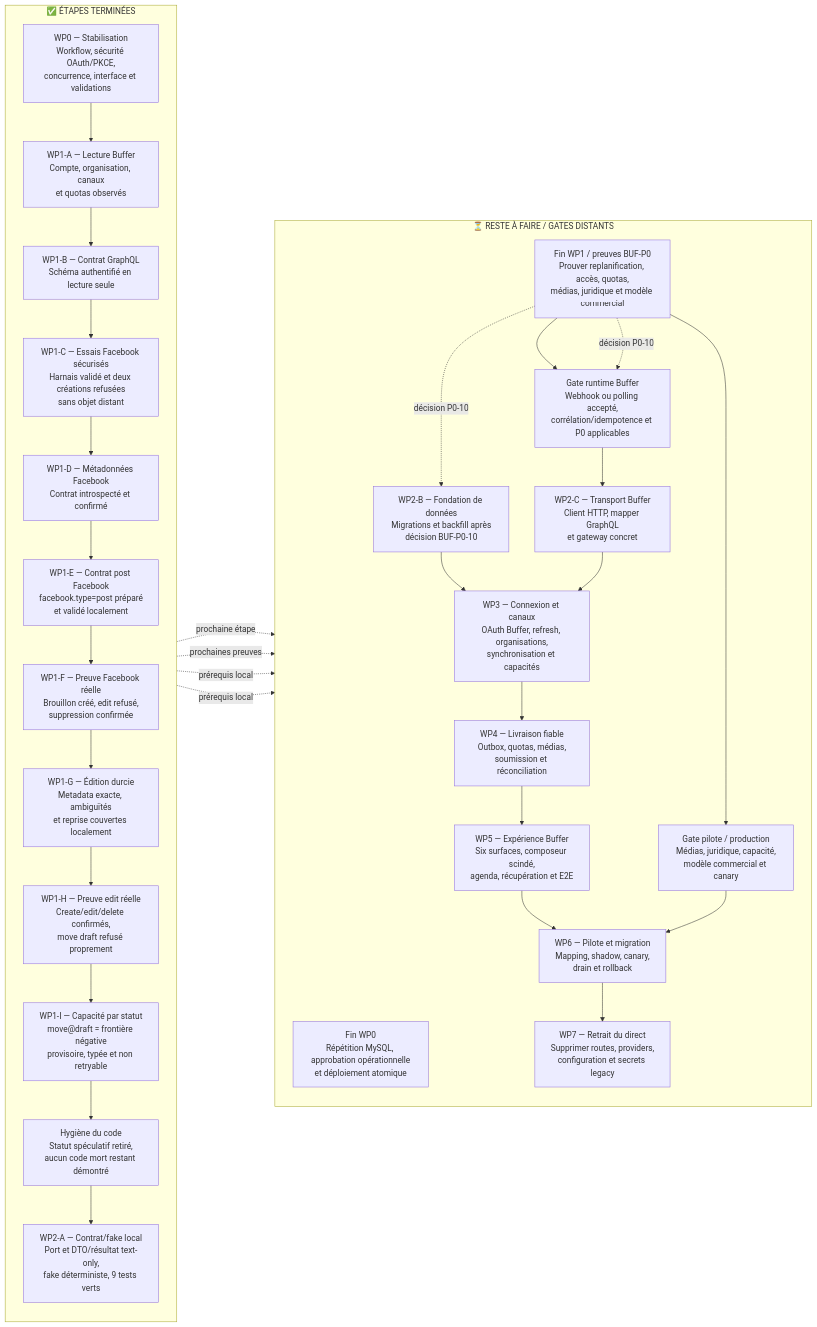
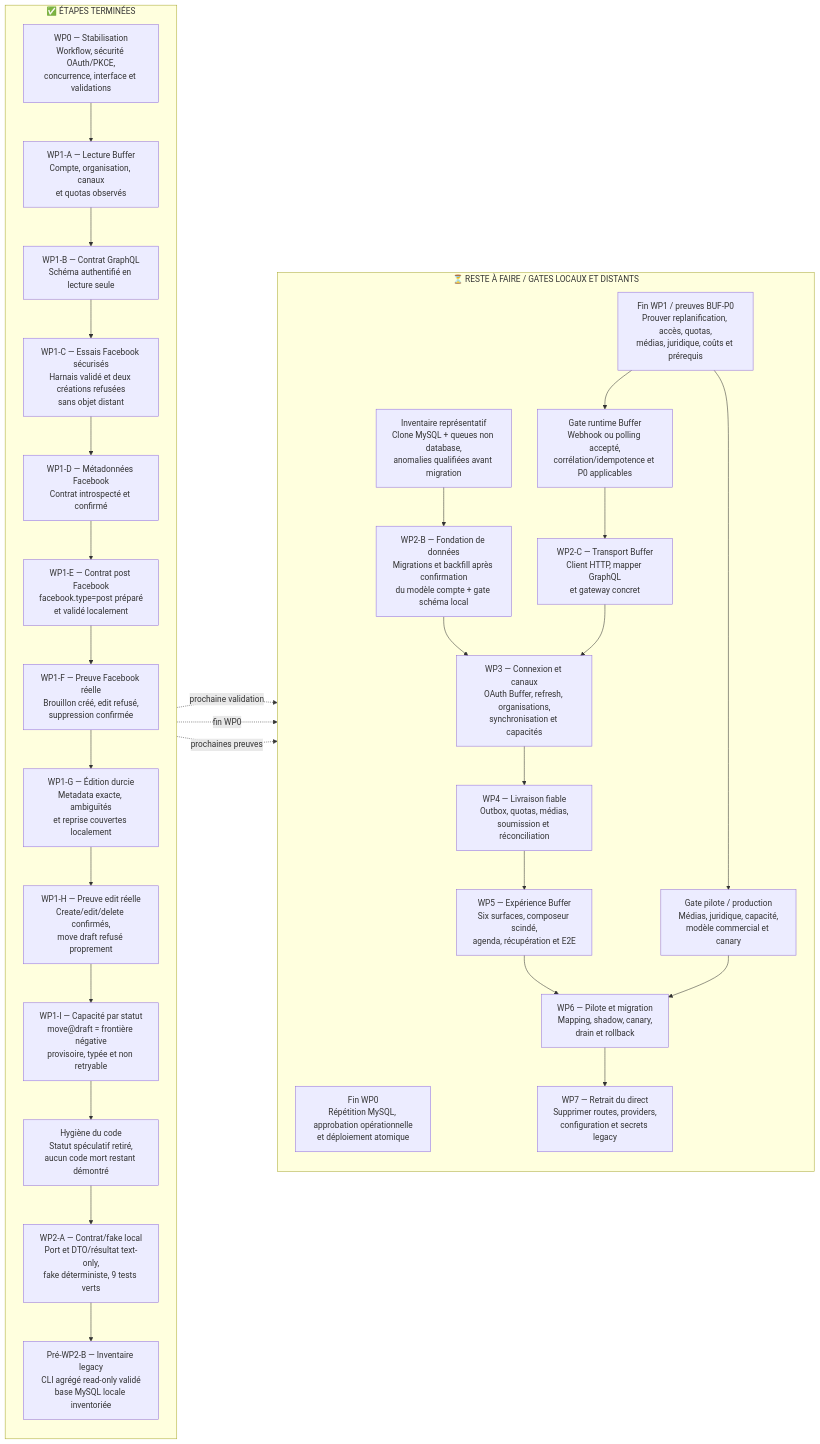
Before and after one commit to Lenenba/mlkpro_v3: the diagram in docs/MALIKIA_PULSE_AVANCEMENT_VISUEL.md, drawn with Mermaid. The commit also changed other lines of this file and 6 other files, not shown here.

````diff
--- a/docs/MALIKIA_PULSE_AVANCEMENT_VISUEL.md
+++ b/docs/MALIKIA_PULSE_AVANCEMENT_VISUEL.md
@@ -7,50 +9,50 @@
 ```mermaid
 flowchart LR
     subgraph DONE["✅ ÉTAPES TERMINÉES"]
         direction TB
         D0["WP0 — Stabilisation<br/>Workflow, sécurité OAuth/PKCE,<br/>concurrence, interface et validations"]
         D1A["WP1-A — Lecture Buffer<br/>Compte, organisation, canaux<br/>et quotas observés"]
         D1B["WP1-B — Contrat GraphQL<br/>Schéma authentifié en lecture seule"]
         D1C["WP1-C — Essais Facebook sécurisés<br/>Harnais validé et deux créations refusées<br/>sans objet distant"]
         D1D["WP1-D — Métadonnées Facebook<br/>Contrat introspecté et confirmé"]
         D1E["WP1-E — Contrat post Facebook<br/>facebook.type=post préparé<br/>et validé localement"]
         D1F["WP1-F — Preuve Facebook réelle<br/>Brouillon créé, edit refusé,<br/>suppression confirmée"]
         D1G["WP1-G — Édition durcie<br/>Metadata exacte, ambiguïtés<br/>et reprise couvertes localement"]
         D1H["WP1-H — Preuve edit réelle<br/>Create/edit/delete confirmés,<br/>move draft refusé proprement"]
         D1I["WP1-I — Capacité par statut<br/>move@draft = frontière négative<br/>provisoire, typée et non retryable"]
         DQ["Hygiène du code<br/>Statut spéculatif retiré,<br/>aucun code mort restant démontré"]
         D2["WP2-A — Contrat/fake local<br/>Port et DTO/résultat text-only,<br/>fake déterministe, 9 tests verts"]
+        DI["Pré-WP2-B — Inventaire legacy<br/>CLI agrégé read-only validé<br/>base MySQL locale inventoriée"]
 
-        D0 --> D1A --> D1B --> D1C --> D1D --> D1E --> D1F --> D1G --> D1H --> D1I --> DQ --> D2
+        D0 --> D1A --> D1B --> D1C --> D1D --> D1E --> D1F --> D1G --> D1H --> D1I --> DQ --> D2 --> DI
     end
 
-    subgraph TODO["⏳ RESTE À FAIRE / GATES DISTANTS"]
+    subgraph TODO["⏳ RESTE À FAIRE / GATES LOCAUX ET DISTANTS"]
         direction TB
         T0["Fin WP0<br/>Répétition MySQL, approbation opérationnelle<br/>et déploiement atomique"]
-        T1["Fin WP1 / preuves BUF-P0<br/>Prouver replanification, accès, quotas,<br/>médias, juridique et modèle commercial"]
+        T1["Fin WP1 / preuves BUF-P0<br/>Prouver replanification, accès, quotas,<br/>médias, juridique, coûts et prérequis"]
         GR["Gate runtime Buffer<br/>Webhook ou polling accepté,<br/>corrélation/idempotence et P0 applicables"]
         GP["Gate pilote / production<br/>Médias, juridique, capacité,<br/>modèle commercial et canary"]
-        T2B["WP2-B — Fondation de données<br/>Migrations et backfill après<br/>décision BUF-P0-10"]
+        TI["Inventaire représentatif<br/>Clone MySQL + queues non database,<br/>anomalies qualifiées avant migration"]
+        T2B["WP2-B — Fondation de données<br/>Migrations et backfill après confirmation<br/>du modèle compte + gate schéma local"]
         T2C["WP2-C — Transport Buffer<br/>Client HTTP, mapper GraphQL<br/>et gateway concret"]
         T3["WP3 — Connexion et canaux<br/>OAuth Buffer, refresh, organisations,<br/>synchronisation et capacités"]
         T4["WP4 — Livraison fiable<br/>Outbox, quotas, médias,<br/>soumission et réconciliation"]
         T5["WP5 — Expérience Buffer<br/>Six surfaces, composeur scindé,<br/>agenda, récupération et E2E"]
         T6["WP6 — Pilote et migration<br/>Mapping, shadow, canary,<br/>drain et rollback"]
         T7["WP7 — Retrait du direct<br/>Supprimer routes, providers,<br/>configuration et secrets legacy"]
 
         T1 --> GR
         T1 --> GP
-        T1 -. décision P0-10 .-> GR
         GR --> T2C
+        TI --> T2B
         T2B --> T3
         T2C --> T3
         T3 --> T4 --> T5 --> T6 --> T7
         GP --> T6
     end
 
-    D2 -. prochaine étape .-> T0
-    D2 -. prochaines preuves .-> T1
-    D2 -. prérequis local .-> T2B
-    D2 -. prérequis local .-> T2C
-    T1 -. décision P0-10 .-> T2B
+    DI -. prochaine validation .-> TI
+    DI -. fin WP0 .-> T0
+    DI -. prochaines preuves .-> T1
 ```
````
